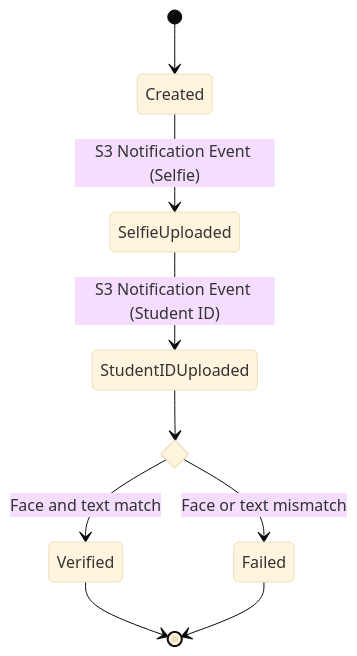
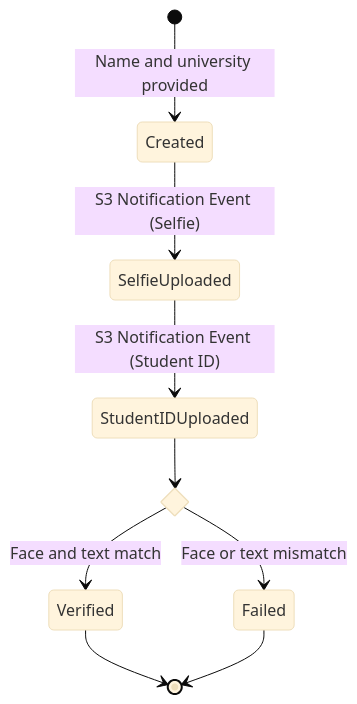
The first of 2 diagrams in docs/API.md (pierre-jezegou/kys), drawn with Mermaid (base theme) before and after one commit.

Commit message:
Elaborate state diagram

````diff
--- a/docs/API.md
+++ b/docs/API.md
@@ -20,13 +20,13 @@
 ```mermaid
 stateDiagram-v2
     state if_state <<choice>>
 
-    [*] --> Created
+    [*] --> Created: Name and university provided
     Created --> SelfieUploaded: S3 Notification Event (Selfie)
     SelfieUploaded --> StudentIDUploaded: S3 Notification Event (Student ID)
     StudentIDUploaded --> if_state
     if_state --> Verified: Face and text match
     Verified --> [*]
     if_state --> Failed: Face or text mismatch
     Failed --> [*]
 ```
````
